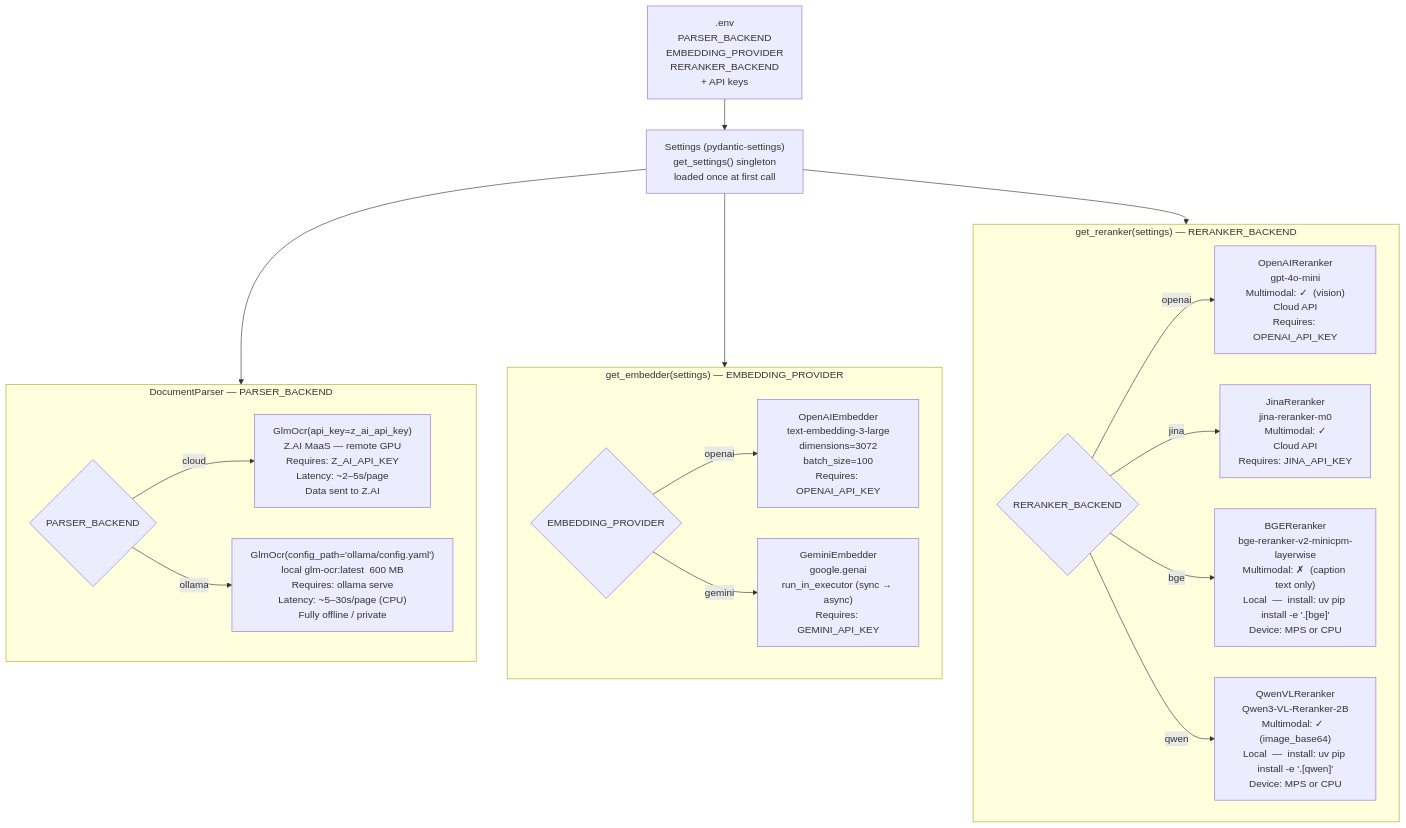
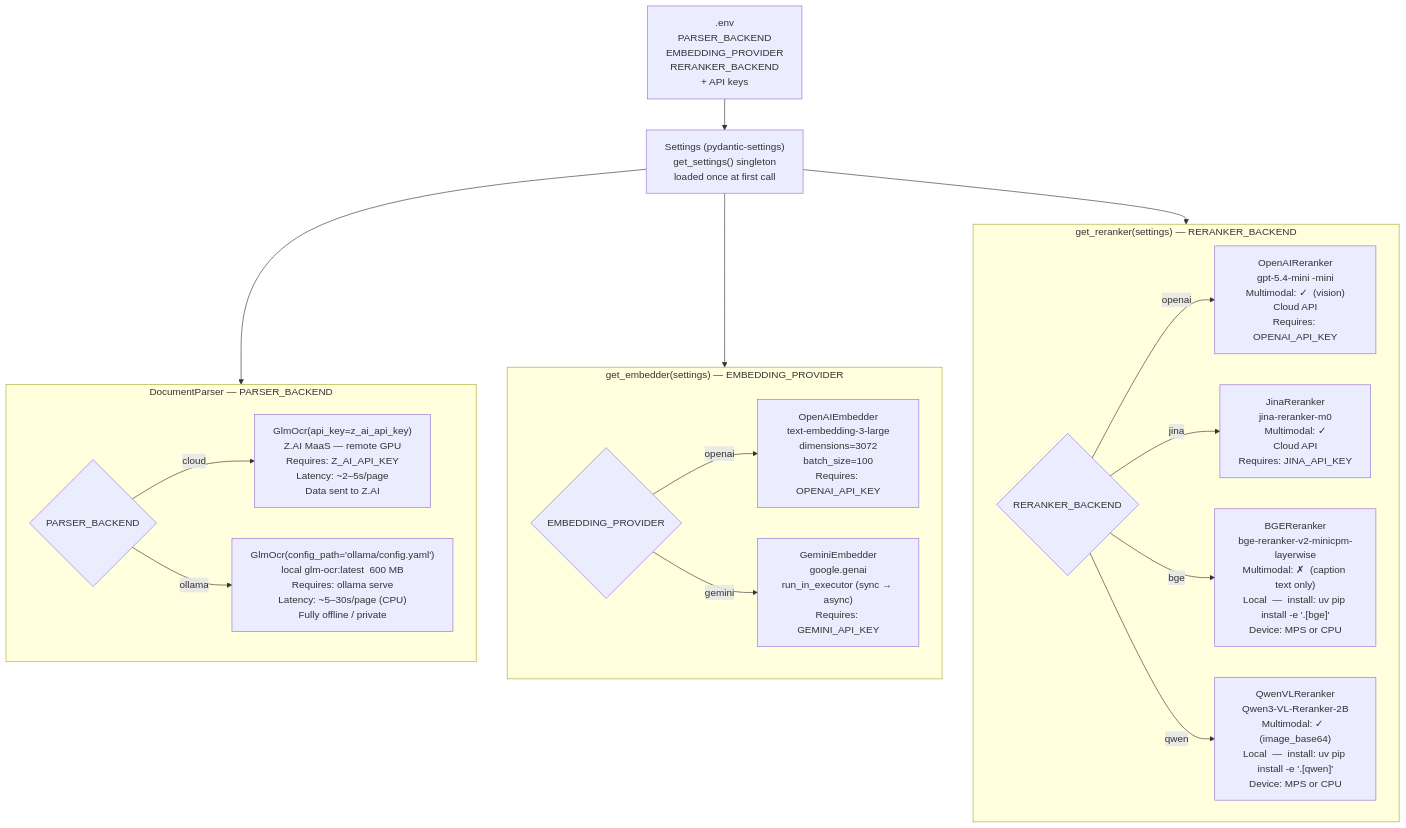
The diagram in workflows/13-pluggable-backends.md (Murtuzasaifee/multi-modal-rag-project), drawn with Mermaid before and after one commit. The commit also changed 11 other files, not shown here.

````diff
--- a/workflows/13-pluggable-backends.md
+++ b/workflows/13-pluggable-backends.md
@@ -5,26 +5,26 @@
 ```mermaid
 flowchart TD
     Env[".env\nPARSER_BACKEND\nEMBEDDING_PROVIDER\nRERANKER_BACKEND\n+ API keys"] --> Cfg["Settings  (pydantic-settings)\nget_settings()  singleton\nloaded once at first call"]
 
     Cfg --> PF & EF & RF
 
     subgraph PF["DocumentParser  —  PARSER_BACKEND"]
         PChk{PARSER_BACKEND}
         PChk -->|cloud| CP["GlmOcr(api_key=z_ai_api_key)\nZ.AI MaaS — remote GPU\nRequires: Z_AI_API_KEY\nLatency: ~2–5s/page\nData sent to Z.AI"]
         PChk -->|ollama| OP["GlmOcr(config_path='ollama/config.yaml')\nlocal glm-ocr:latest  600 MB\nRequires: ollama serve\nLatency: ~5–30s/page (CPU)\nFully offline / private"]
     end
 
     subgraph EF["get_embedder(settings)  —  EMBEDDING_PROVIDER"]
         EChk{EMBEDDING_PROVIDER}
         EChk -->|openai| OE["OpenAIEmbedder\ntext-embedding-3-large\ndimensions=3072\nbatch_size=100\nRequires: OPENAI_API_KEY"]
         EChk -->|gemini| GE["GeminiEmbedder\ngoogle.genai\nrun_in_executor (sync → async)\nRequires: GEMINI_API_KEY"]
     end
 
     subgraph RF["get_reranker(settings)  —  RERANKER_BACKEND"]
         RChk{RERANKER_BACKEND}
-        RChk -->|openai| OR["OpenAIReranker\ngpt-4o-mini\nMultimodal: ✓  (vision)\nCloud API\nRequires: OPENAI_API_KEY"]
+        RChk -->|openai| OR["OpenAIReranker\ngpt-5.4-mini -mini\nMultimodal: ✓  (vision)\nCloud API\nRequires: OPENAI_API_KEY"]
         RChk -->|jina| JR["JinaReranker\njina-reranker-m0\nMultimodal: ✓\nCloud API\nRequires: JINA_API_KEY"]
         RChk -->|bge| BR["BGEReranker\nbge-reranker-v2-minicpm-layerwise\nMultimodal: ✗  (caption text only)\nLocal  —  install: uv pip install -e '.[bge]'\nDevice: MPS or CPU"]
         RChk -->|qwen| QR["QwenVLReranker\nQwen3-VL-Reranker-2B\nMultimodal: ✓  (image_base64)\nLocal  —  install: uv pip install -e '.[qwen]'\nDevice: MPS or CPU"]
     end
 ```
````
